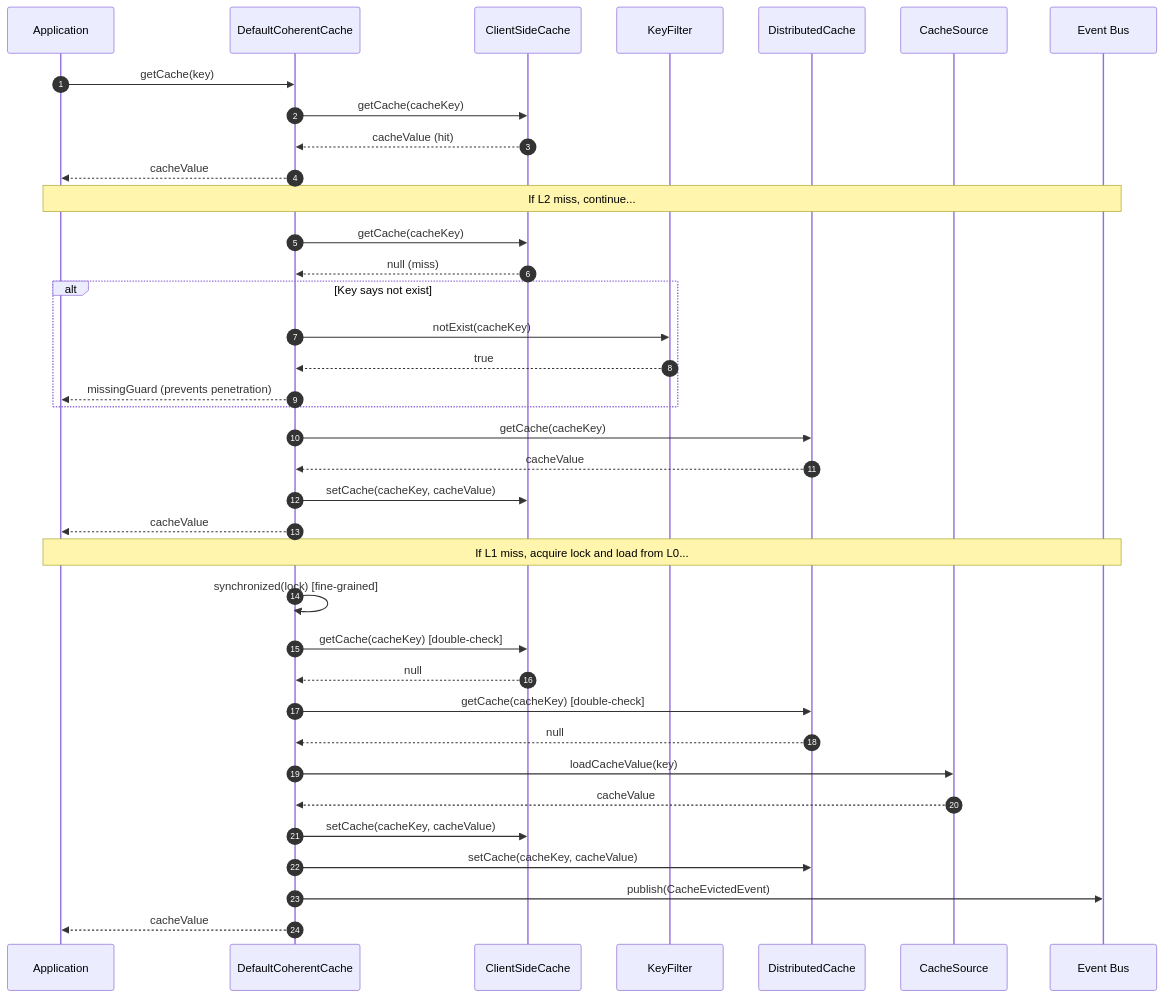
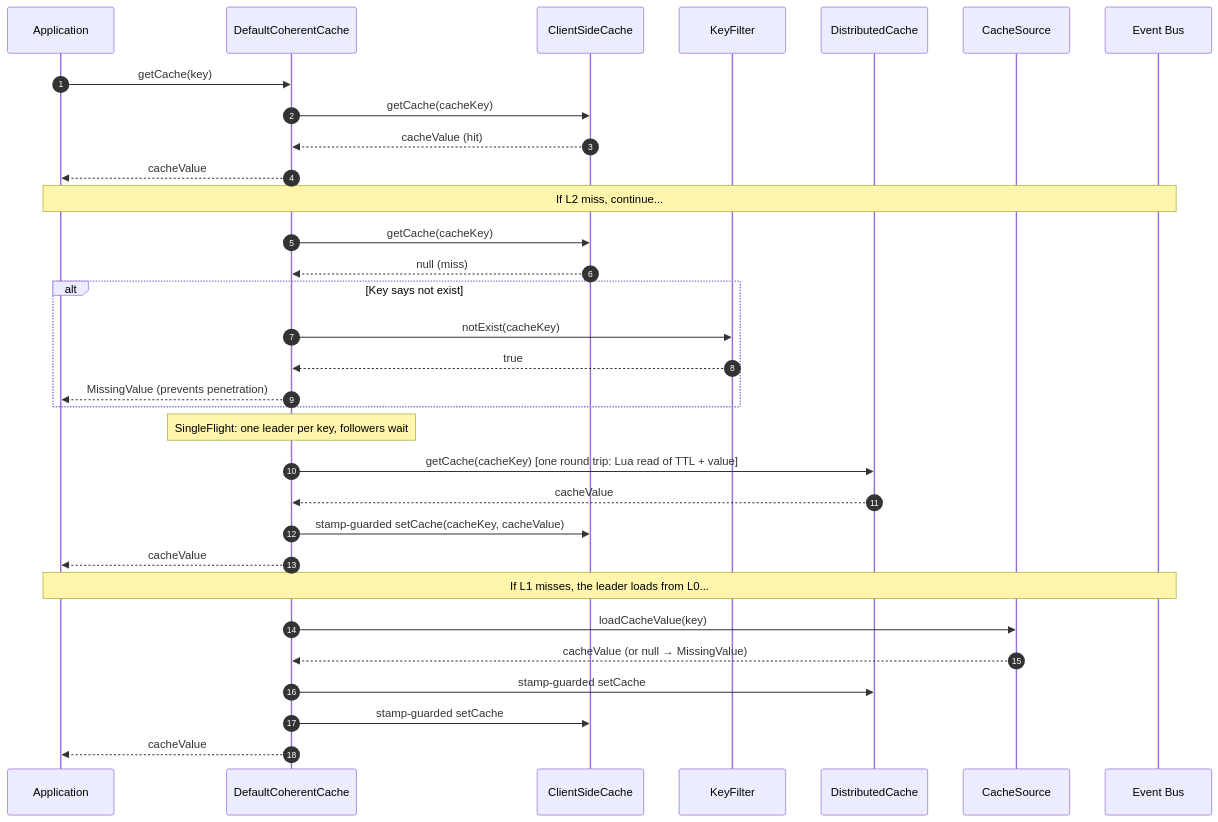
Before and after one commit to Ahoo-Wang/CoCache: the third of 3 diagrams in wiki/architecture/index.md, drawn with Mermaid. The commit also changed other lines of this file and 256 other files, not shown here.

````diff
--- a/wiki/architecture/index.md
+++ b/wiki/architecture/index.md
@@ -118,44 +118,39 @@
 ```mermaid
 sequenceDiagram
 autonumber
     participant App as Application
     participant CC as DefaultCoherentCache
     participant L2 as ClientSideCache
     participant KF as KeyFilter
     participant L1 as DistributedCache
     participant L0 as CacheSource
     participant EB as Event Bus
 
     App->>CC: getCache(key)
     CC->>L2: getCache(cacheKey)
     L2-->>CC: cacheValue (hit)
     CC-->>App: cacheValue
 
     Note over App,EB: If L2 miss, continue...
     CC->>L2: getCache(cacheKey)
     L2-->>CC: null (miss)
 
     alt Key says not exist
         CC->>KF: notExist(cacheKey)
         KF-->>CC: true
-        CC-->>App: missingGuard (prevents penetration)
+        CC-->>App: MissingValue (prevents penetration)
     end
 
-    CC->>L1: getCache(cacheKey)
+    Note over CC: SingleFlight: one leader per key, followers wait
+    CC->>L1: getCache(cacheKey) [one round trip: Lua read of TTL + value]
     L1-->>CC: cacheValue
-    CC->>L2: setCache(cacheKey, cacheValue)
+    CC->>L2: stamp-guarded setCache(cacheKey, cacheValue)
     CC-->>App: cacheValue
 
-    Note over App,EB: If L1 miss, acquire lock and load from L0...
-    CC->>CC: synchronized(lock) [fine-grained]
-    CC->>L2: getCache(cacheKey) [double-check]
-    L2-->>CC: null
-    CC->>L1: getCache(cacheKey) [double-check]
-    L1-->>CC: null
+    Note over App,EB: If L1 misses, the leader loads from L0...
     CC->>L0: loadCacheValue(key)
-    L0-->>CC: cacheValue
-    CC->>L2: setCache(cacheKey, cacheValue)
-    CC->>L1: setCache(cacheKey, cacheValue)
-    CC->>EB: publish(CacheEvictedEvent)
+    L0-->>CC: cacheValue (or null → MissingValue)
+    CC->>L1: stamp-guarded setCache
+    CC->>L2: stamp-guarded setCache
     CC-->>App: cacheValue
 ```
````
